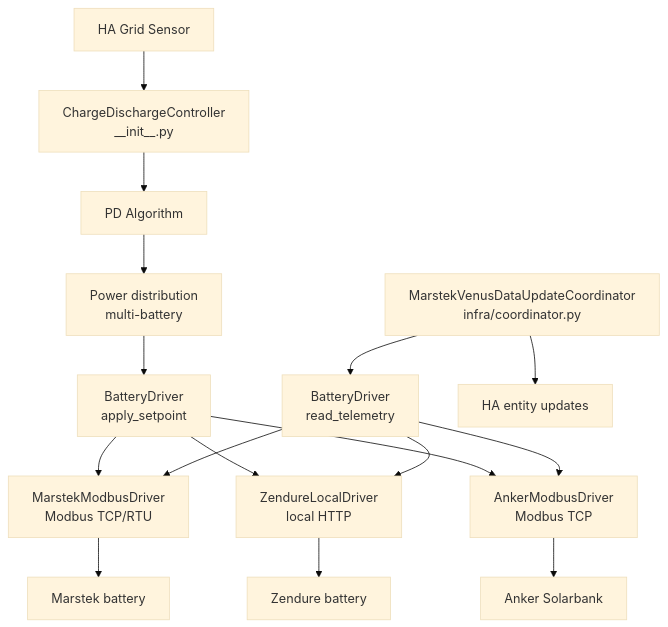
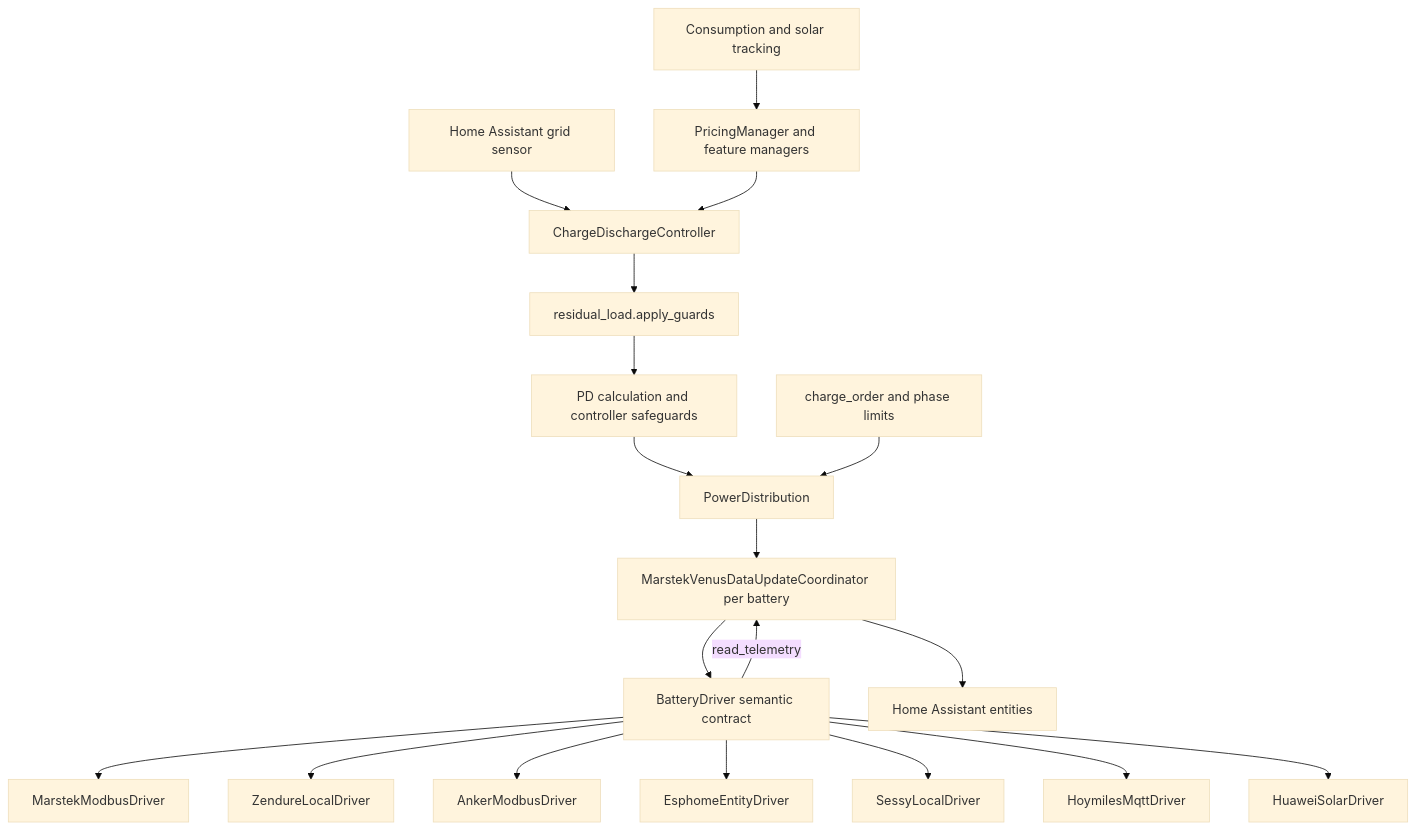
Before and after one commit to ffunes/Omnibattery: the diagram in site-docs/reference/architecture.md, drawn with Mermaid (base theme). The commit also changed other lines of this file and 1 other file, not shown here.

First line of the commit message:
docs(t2.9): document driver architecture and contribution path

````diff
--- a/site-docs/reference/architecture.md
+++ b/site-docs/reference/architecture.md
@@ -5,20 +11,24 @@
 ```mermaid
 flowchart TD
-    GS[HA Grid Sensor] --> CC[ChargeDischargeController\n__init__.py]
-    CC --> PD[PD Algorithm]
-    PD --> DIST[Power distribution\nmulti-battery]
-    DIST --> DRV[BatteryDriver\napply_setpoint]
+    GRID[Home Assistant grid sensor] --> CTRL[ChargeDischargeController]
+    PRICE[PricingManager and feature managers] --> CTRL
+    TRACK[Consumption and solar tracking] --> PRICE
 
-    COORD[MarstekVenusDataUpdateCoordinator\ninfra/coordinator.py] --> DRV2[BatteryDriver\nread_telemetry]
-    COORD --> EU[HA entity updates]
+    CTRL --> GUARDS[residual_load.apply_guards]
+    GUARDS --> PD[PD calculation and controller safeguards]
+    PD --> DIST[PowerDistribution]
+    ORDER[charge_order and phase limits] --> DIST
 
-    DRV --> M[MarstekModbusDriver\nModbus TCP/RTU]
-    DRV --> Z[ZendureLocalDriver\nlocal HTTP]
-    DRV --> A[AnkerModbusDriver\nModbus TCP]
-    DRV2 --> M
-    DRV2 --> Z
-    DRV2 --> A
-    M --> BAT1[Marstek battery]
-    Z --> BAT2[Zendure battery]
-    A --> BAT3[Anker Solarbank]
+    DIST --> COORD[MarstekVenusDataUpdateCoordinator per battery]
+    COORD --> DRIVER[BatteryDriver semantic contract]
+    DRIVER --> M[MarstekModbusDriver]
+    DRIVER --> Z[ZendureLocalDriver]
+    DRIVER --> A[AnkerModbusDriver]
+    DRIVER --> E[EsphomeEntityDriver]
+    DRIVER --> S[SessyLocalDriver]
+    DRIVER --> Y[HoymilesMqttDriver]
+    DRIVER --> H[HuaweiSolarDriver]
+
+    DRIVER -->|read_telemetry| COORD
+    COORD --> ENT[Home Assistant entities]
 ```
````
